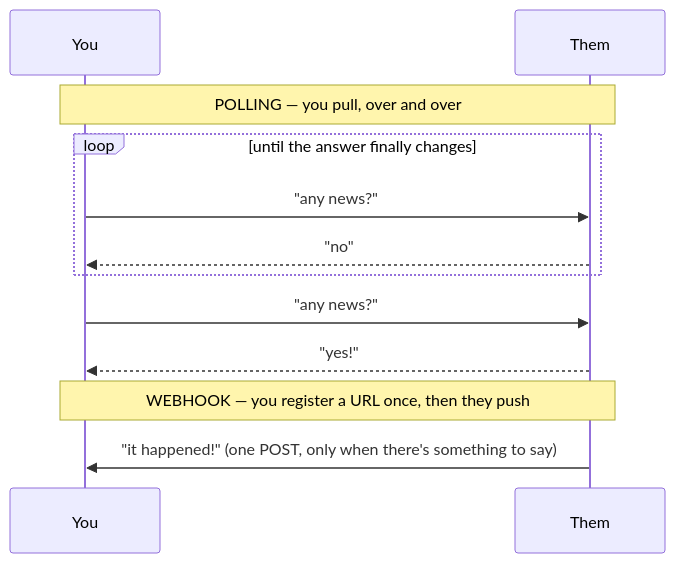
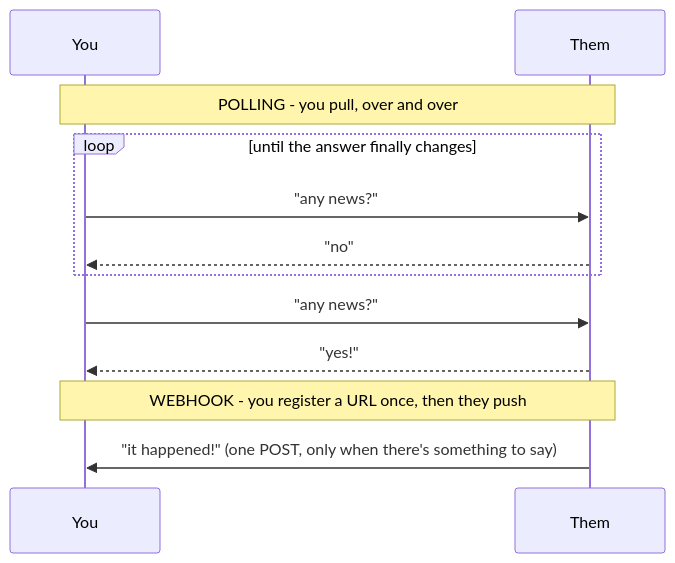
The diagram in guides/apis/webhooks-and-message-queues/01-push-vs-pull-webhooks.md (Topurrra/themissingmanual), drawn with Mermaid before and after one commit. The commit also changed other lines of this file and 1009 other files, not shown here.

````diff
--- a/guides/apis/webhooks-and-message-queues/01-push-vs-pull-webhooks.md
+++ b/guides/apis/webhooks-and-message-queues/01-push-vs-pull-webhooks.md
@@ -65,14 +65,14 @@
 ```mermaid
 sequenceDiagram
   participant You
   participant Them
-  Note over You,Them: POLLING — you pull, over and over
+  Note over You,Them: POLLING - you pull, over and over
   loop until the answer finally changes
     You->>Them: "any news?"
     Them-->>You: "no"
   end
   You->>Them: "any news?"
   Them-->>You: "yes!"
-  Note over You,Them: WEBHOOK — you register a URL once, then they push
+  Note over You,Them: WEBHOOK - you register a URL once, then they push
   Them->>You: "it happened!" (one POST, only when there's something to say)
 ```
````
